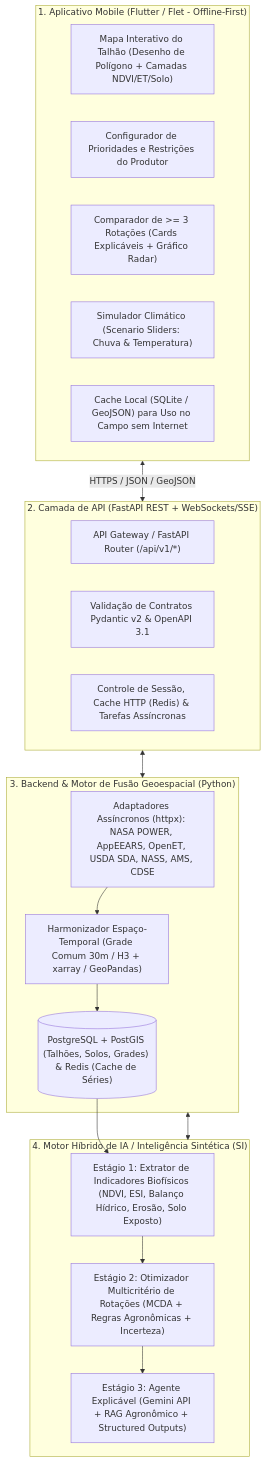
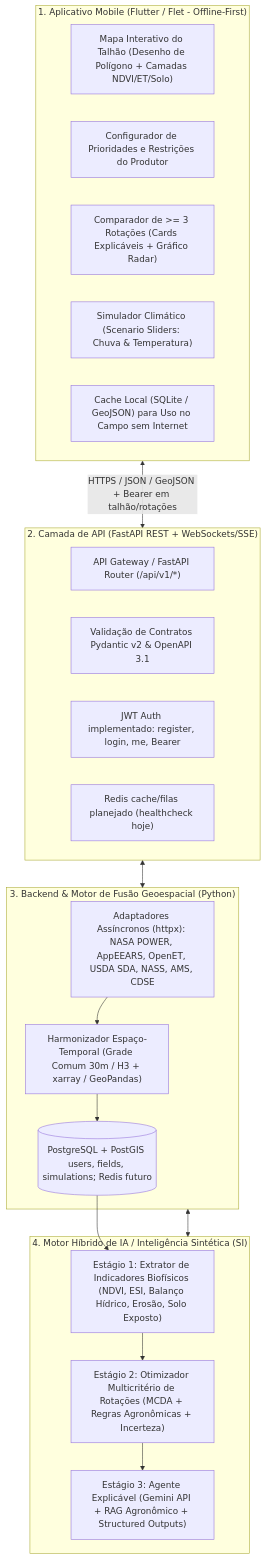
The first of 3 diagrams in arquitetura_sistema_nextharvest.md (ItaloNuns/nextharvest), drawn with Mermaid before and after one commit. The commit also changed other lines of this file, not shown here.

Commit message:
docs: document JWT auth and field ownership in architecture guide

````diff
--- a/arquitetura_sistema_nextharvest.md
+++ b/arquitetura_sistema_nextharvest.md
@@ -29,37 +29,38 @@
 ```mermaid
 flowchart TB
     subgraph Mobile["1. Aplicativo Mobile (Flutter / Flet - Offline-First)"]
         UI_Map["Mapa Interativo do Talhão (Desenho de Polígono + Camadas NDVI/ET/Solo)"]
         UI_Prio["Configurador de Prioridades e Restrições do Produtor"]
         UI_Comp["Comparador de >= 3 Rotações (Cards Explicáveis + Gráfico Radar)"]
         UI_Sim["Simulador Climático (Scenario Sliders: Chuva & Temperatura)"]
         UI_Cache["Cache Local (SQLite / GeoJSON) para Uso no Campo sem Internet"]
     end
 
     subgraph APILayer["2. Camada de API (FastAPI REST + WebSockets/SSE)"]
         GW["API Gateway / FastAPI Router (/api/v1/*)"]
         Schema["Validação de Contratos Pydantic v2 & OpenAPI 3.1"]
-        AuthRate["Controle de Sessão, Cache HTTP (Redis) & Tarefas Assíncronas"]
+        JWTAuth["JWT Auth implementado: register, login, me, Bearer"]
+        RedisFuture["Redis cache/filas planejado (healthcheck hoje)"]
     end
 
     subgraph Backend["3. Backend & Motor de Fusão Geoespacial (Python)"]
         Connectors["Adaptadores Assíncronos (httpx): NASA POWER, AppEEARS, OpenET, USDA SDA, NASS, AMS, CDSE"]
         Harmonizer["Harmonizador Espaço-Temporal (Grade Comum 30m / H3 + xarray / GeoPandas)"]
-        DB[("PostgreSQL + PostGIS (Talhões, Solos, Grades) & Redis (Cache de Séries)")]
+        DB[("PostgreSQL + PostGIS users, fields, simulations; Redis futuro")]
     end
 
     subgraph AIEngine["4. Motor Híbrido de IA / Inteligência Sintética (SI)"]
         FeatEng["Estágio 1: Extrator de Indicadores Biofísicos (NDVI, ESI, Balanço Hídrico, Erosão, Solo Exposto)"]
         MCDA["Estágio 2: Otimizador Multicritério de Rotações (MCDA + Regras Agronômicas + Incerteza)"]
         LLMRag["Estágio 3: Agente Explicável (Gemini API + RAG Agronômico + Structured Outputs)"]
     end
 
-    Mobile <-->|"HTTPS / JSON / GeoJSON"| APILayer
+    Mobile <-->|"HTTPS / JSON / GeoJSON + Bearer em talhão/rotações"| APILayer
     APILayer <--> Backend
     Backend <--> AIEngine
     Connectors --> Harmonizer
     Harmonizer --> DB
     DB --> FeatEng
     FeatEng --> MCDA
     MCDA --> LLMRag
 ```
````
